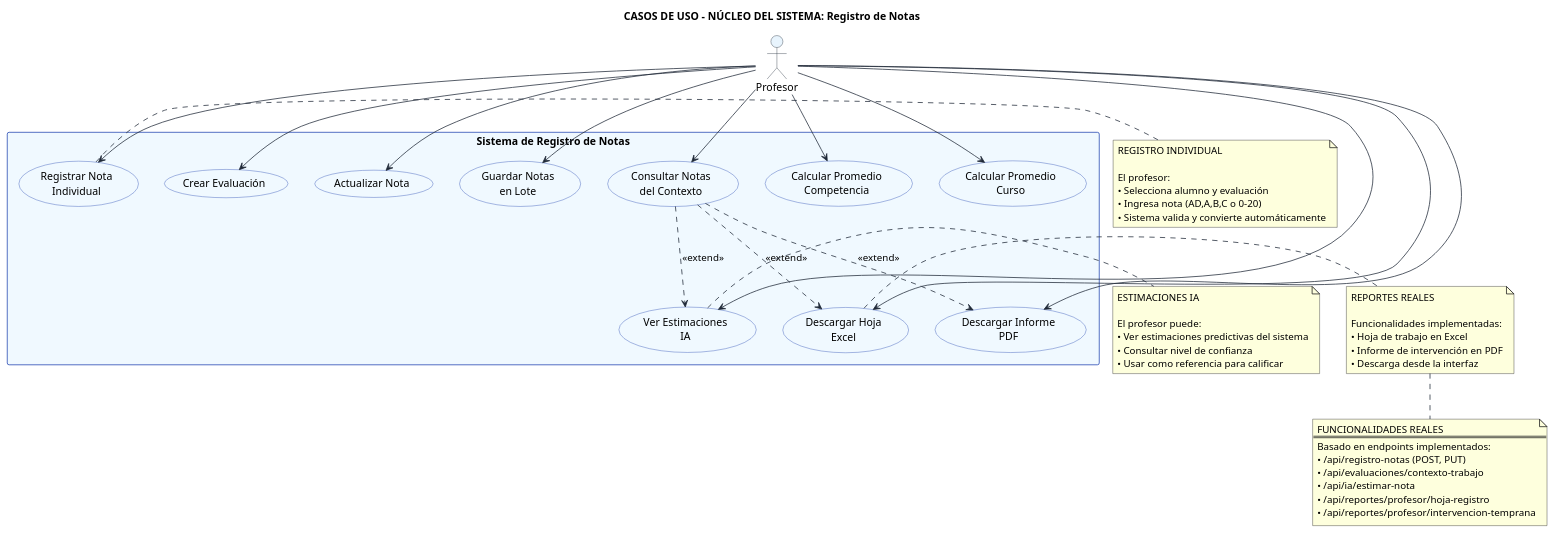
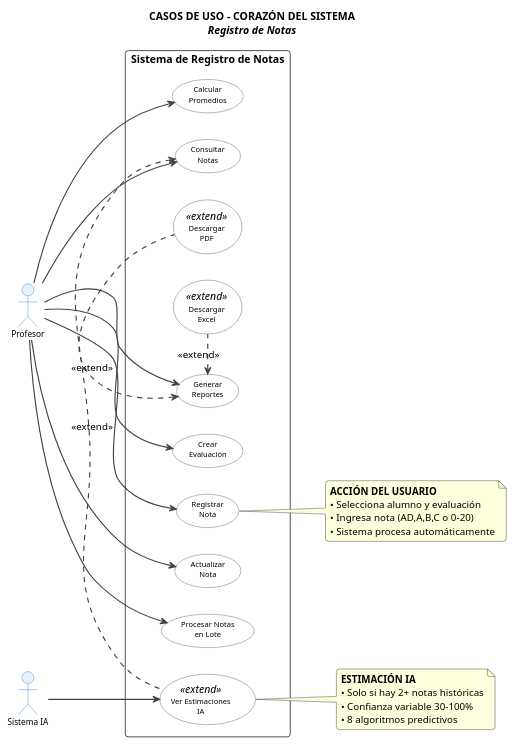
The diagram in diagramas/registro-notas/casos-uso-registro-notas.puml (CondePlocs/sistemnotas), drawn with PlantUML before and after one commit. The commit also changed 4 other files, not shown here.

```diff
--- a/diagramas/registro-notas/casos-uso-registro-notas.puml
+++ b/diagramas/registro-notas/casos-uso-registro-notas.puml
@@ -1,94 +1,63 @@
-@startuml Casos de Uso - Sistema de Registro de Notas (Núcleo)
+@startuml Casos de Uso - Sistema de Registro de Notas
 
 skinparam {
-    ActorBackgroundColor #E8F4FD
-    ActorBorderColor #1F2937
-    UsecaseBackgroundColor #F0F9FF
-    UsecaseBorderColor #1E40AF
-    PackageBackgroundColor #F0F9FF
-    PackageBorderColor #1E40AF
-    ArrowColor #1F2937
+    ActorBackgroundColor #E3F2FD
+    ActorBorderColor #1976D2
+    ActorFontSize 11
+    
+    UsecaseBackgroundColor #FFFFFF
+    UsecaseBorderColor #424242
+    UsecaseFontSize 10
+    
+    ArrowColor #424242
+    ArrowThickness 1.5
+    
+    Shadowing false
+    RoundCorner 8
 }
 
-title CASOS DE USO - NÚCLEO DEL SISTEMA: Registro de Notas
+title **CASOS DE USO - CORAZÓN DEL SISTEMA**\n//Registro de Notas//
 
-' ACTORES PRINCIPALES
-actor "Profesor" as Profesor
+left to right direction
+
+actor "Profesor" as profesor
+actor "Sistema IA" as sistemaIA
 
 rectangle "Sistema de Registro de Notas" {
     
-    usecase "Crear Evaluación" as UC1
+    usecase "Crear\nEvaluación" as UC01
+    usecase "Registrar\nNota" as UC02
+    usecase "Actualizar\nNota" as UC03
+    usecase "Consultar\nNotas" as UC04
+    usecase "Procesar Notas\nen Lote" as UC05
+    usecase "Calcular\nPromedios" as UC06
+    usecase "Generar\nReportes" as UC07
     
-    usecase "Registrar Nota\nIndividual" as UC2
-    usecase "Actualizar Nota" as UC3
-    usecase "Guardar Notas\nen Lote" as UC4
-    
-    usecase "Consultar Notas\ndel Contexto" as UC5
-    usecase "Calcular Promedio\nCompetencia" as UC6
-    usecase "Calcular Promedio\nCurso" as UC7
-    
-    usecase "Ver Estimaciones\nIA" as UC8
-    
-    usecase "Descargar Hoja\nExcel" as UC9
-    usecase "Descargar Informe\nPDF" as UC10
+    ' EXTENSIONES OPCIONALES
+    usecase "Ver Estimaciones\nIA" as UC08 <<extend>>
+    usecase "Descargar\nExcel" as UC09 <<extend>>
+    usecase "Descargar\nPDF" as UC10 <<extend>>
 }
 
-' RELACIONES PRINCIPALES - SIN CRUCES
-Profesor --> UC1
-Profesor --> UC2
-Profesor --> UC3
-Profesor --> UC4
-Profesor --> UC5
-Profesor --> UC6
-Profesor --> UC7
-Profesor --> UC8
-Profesor --> UC9
-Profesor --> UC10
+' RELACIONES PRINCIPALES
+profesor --> UC01
+profesor --> UC02
+profesor --> UC03
+profesor --> UC04
+profesor --> UC05
+profesor --> UC06
+profesor --> UC07
 
-' RELACIONES DE EXTENSIÓN (OPCIONALES) - BASADAS EN CÓDIGO REAL
-' Al consultar notas, opcionalmente puede ver estimaciones IA
-UC5 ..> UC8 : <<extend>>
+sistemaIA --> UC08
 
-' Al consultar notas, opcionalmente puede descargar reportes
-UC5 ..> UC9 : <<extend>>
-UC5 ..> UC10 : <<extend>>
+' RELACIONES EXTEND (OPCIONALES)
+UC04 <. UC08 : <<extend>>
+UC07 <. UC09 : <<extend>>
+UC07 <. UC10 : <<extend>>
 
-note right of UC2
-    REGISTRO INDIVIDUAL
-    
-    El profesor:
-    • Selecciona alumno y evaluación
-    • Ingresa nota (AD,A,B,C o 0-20)
-    • Sistema valida y convierte automáticamente
-end note
+' NOTAS EXPLICATIVAS
+note right of UC02 : **ACCIÓN DEL USUARIO**\n• Selecciona alumno y evaluación\n• Ingresa nota (AD,A,B,C o 0-20)\n• Sistema procesa automáticamente
 
-note right of UC8
-    ESTIMACIONES IA
-    
-    El profesor puede:
-    • Ver estimaciones predictivas del sistema
-    • Consultar nivel de confianza
-    • Usar como referencia para calificar
-end note
-
-note right of UC9
-    REPORTES REALES
-    
-    Funcionalidades implementadas:
-    • Hoja de trabajo en Excel
-    • Informe de intervención en PDF
-    • Descarga desde la interfaz
-end note
-
-note bottom
-    FUNCIONALIDADES REALES
-    ==
-    Basado en endpoints implementados:
-    • /api/registro-notas (POST, PUT)
-    • /api/evaluaciones/contexto-trabajo
-    • /api/ia/estimar-nota
-    • /api/reportes/profesor/hoja-registro
-    • /api/reportes/profesor/intervencion-temprana
-end note
+note right of UC08 : **ESTIMACIÓN IA**\n• Solo si hay 2+ notas históricas\n• Confianza variable 30-100%\n• 8 algoritmos predictivos
 
 @enduml
```
